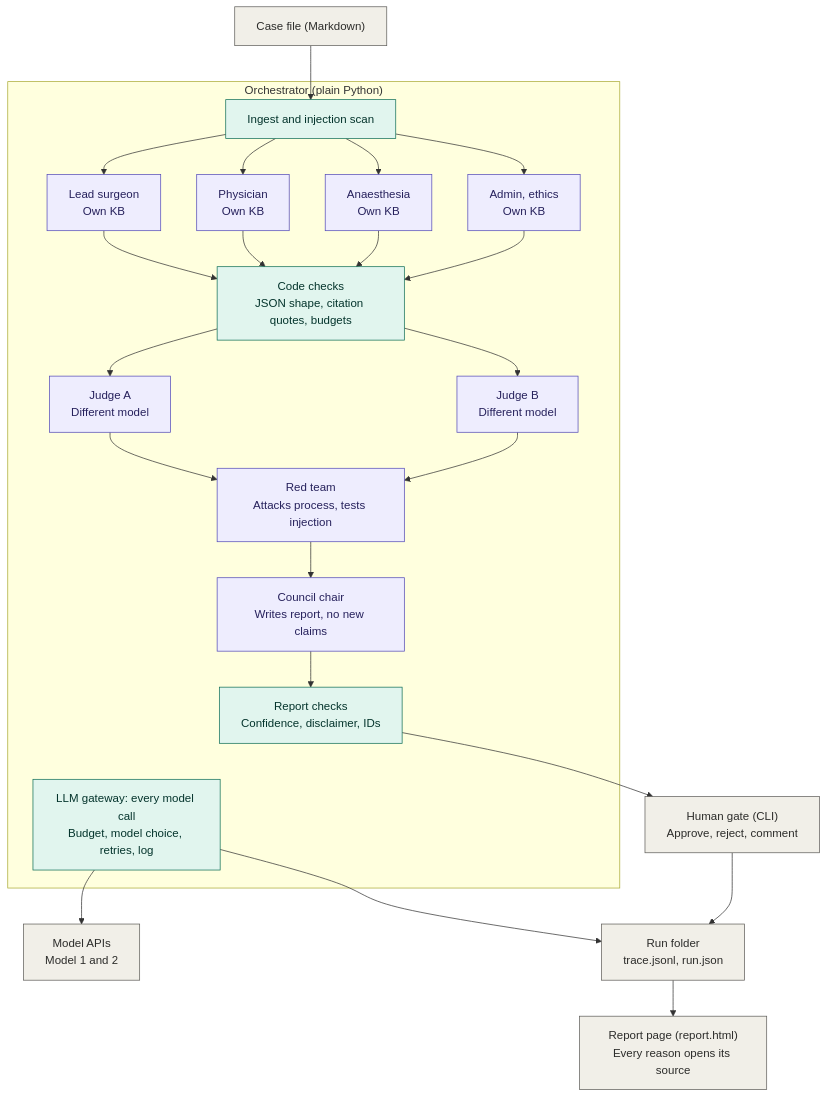
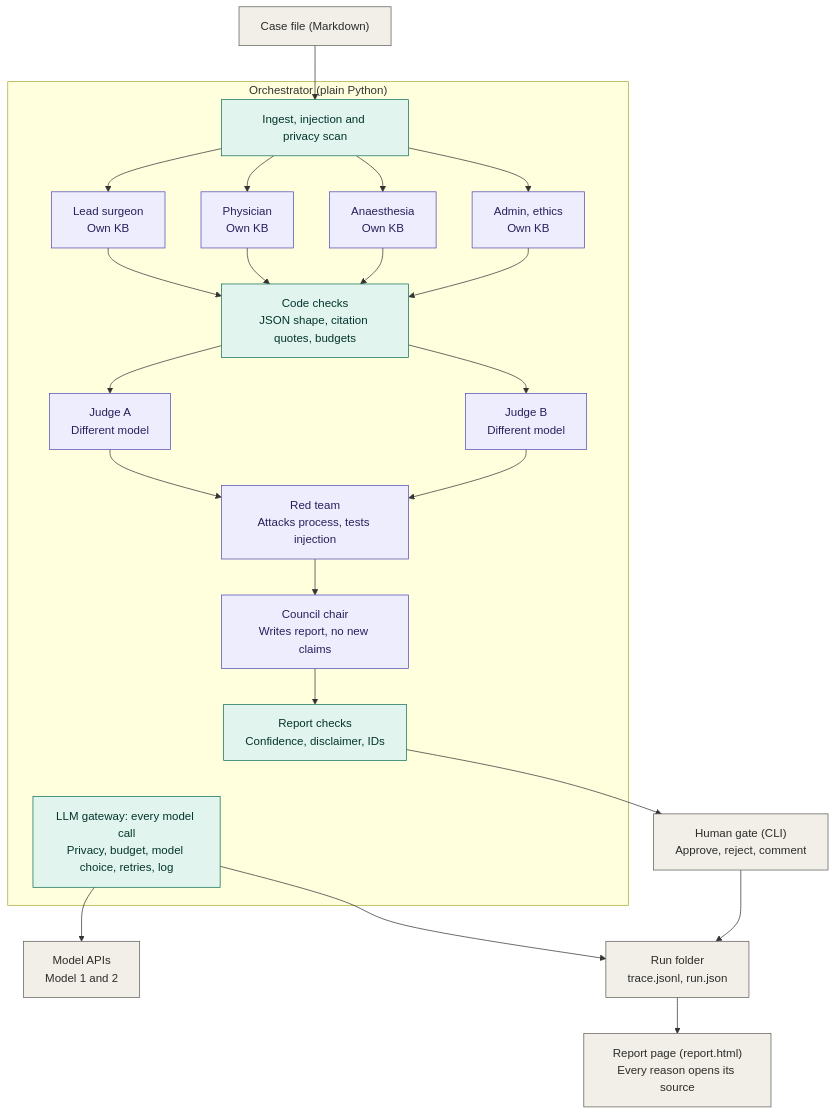
One commit to dipeshar/ClinicalDecisionAssistant changed the diagram in docs/architecture.md. Above: the diagram before and after it, drawn with Mermaid. The commit also changed other lines of this file and 2 other files, not shown here.

Commit message:
Docs: architecture diagram with privacy barriers

````diff
--- a/docs/architecture.md
+++ b/docs/architecture.md
@@ -62,43 +62,43 @@
 ```mermaid
 flowchart TD
   CASE["Case file (Markdown)"]
   subgraph ORCH["Orchestrator (plain Python)"]
-    ING["Ingest and injection scan"]
+    ING["Ingest, injection and privacy scan"]
     SURG["Lead surgeon<br/>Own KB"]
     PHYS["Physician<br/>Own KB"]
     ANAES["Anaesthesia<br/>Own KB"]
     ADMIN["Admin, ethics<br/>Own KB"]
     CHK["Code checks<br/>JSON shape, citation quotes, budgets"]
     JA["Judge A<br/>Different model"]
     JB["Judge B<br/>Different model"]
     RED["Red team<br/>Attacks process, tests injection"]
     CHAIR["Council chair<br/>Writes report, no new claims"]
     RCHK["Report checks<br/>Confidence, disclaimer, IDs"]
-    GW["LLM gateway: every model call<br/>Budget, model choice, retries, log"]
+    GW["LLM gateway: every model call<br/>Privacy, budget, model choice, retries, log"]
   end
   MODELS["Model APIs<br/>Model 1 and 2"]
   RUN["Run folder<br/>trace.jsonl, run.json"]
   HUMAN["Human gate (CLI)<br/>Approve, reject, comment"]
   PAGE["Report page (report.html)<br/>Every reason opens its source"]
 
   CASE --> ING
   ING --> SURG & PHYS & ANAES & ADMIN
   SURG & PHYS & ANAES & ADMIN --> CHK
   CHK --> JA & JB
   JA & JB --> RED
   RED --> CHAIR
   CHAIR --> RCHK
   RCHK --> HUMAN
   RCHK ~~~ GW
   GW --> MODELS
   GW --> RUN
   HUMAN --> RUN
   RUN --> PAGE
 
   classDef agent fill:#EEEDFE,stroke:#534AB7,color:#26215C
   classDef code fill:#E1F5EE,stroke:#0F6E56,color:#04342C
   classDef data fill:#F1EFE8,stroke:#5F5E5A,color:#2C2C2A
   class SURG,PHYS,ANAES,ADMIN,JA,JB,RED,CHAIR agent
   class ING,CHK,RCHK,GW code
   class CASE,MODELS,RUN,HUMAN,PAGE data
 ```
````
